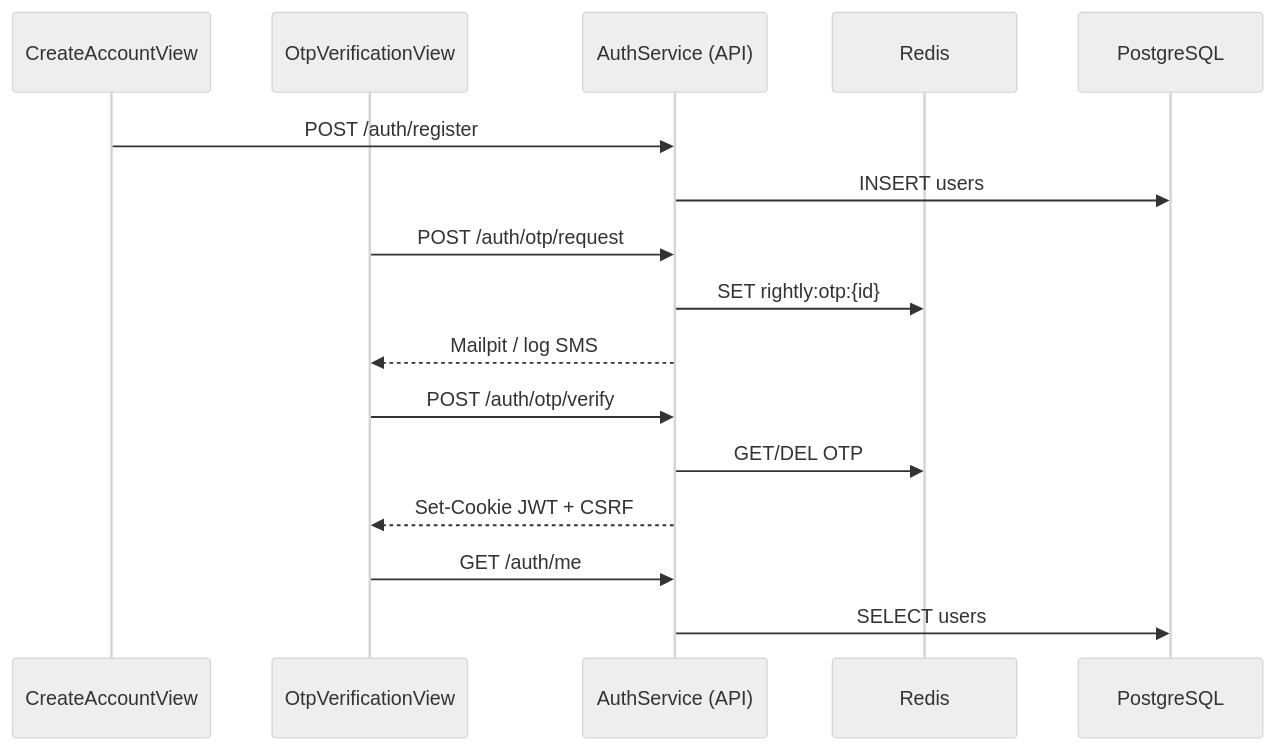
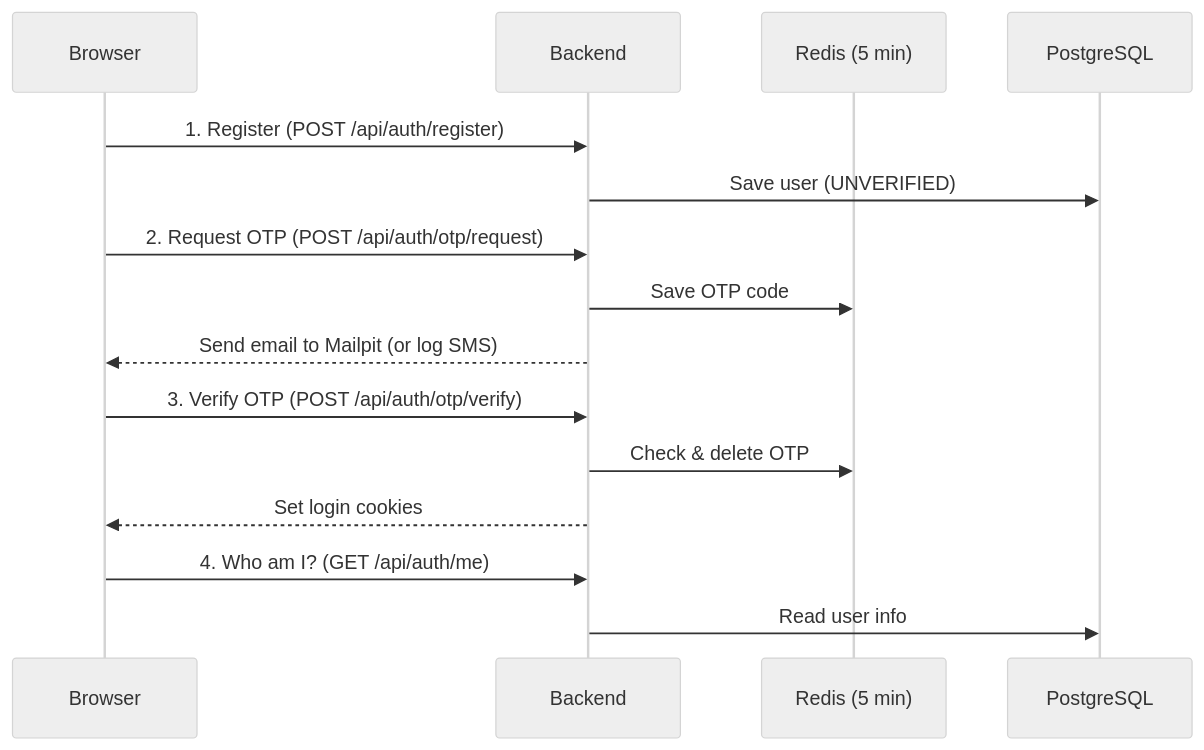
Before and after one commit to hri-ddo/Rightly: the diagram in docs/DATA_FLOW_SPRINT1.md, drawn with Mermaid (neutral theme). The commit also changed other lines of this file, not shown here.

Commit message:
Data Flow change guide

````diff
--- a/docs/DATA_FLOW_SPRINT1.md
+++ b/docs/DATA_FLOW_SPRINT1.md
@@ -141,19 +73,18 @@
 ```mermaid
 sequenceDiagram
-    participant V as CreateAccountView
-    participant O as OtpVerificationView
-    participant A as AuthService (API)
-    participant R as Redis
-    participant P as PostgreSQL
+    participant U as Browser
+    participant B as Backend
+    participant R as Redis (5 min)
+    participant DB as PostgreSQL
 
-  V->>A: POST /auth/register
-  A->>P: INSERT users
-  O->>A: POST /auth/otp/request
-  A->>R: SET rightly:otp:{id}
-  A-->>O: Mailpit / log SMS
-  O->>A: POST /auth/otp/verify
-  A->>R: GET/DEL OTP
-  A-->>O: Set-Cookie JWT + CSRF
-  O->>A: GET /auth/me
-  A->>P: SELECT users
+    U->>B: 1. Register (POST /api/auth/register)
+    B->>DB: Save user (UNVERIFIED)
+    U->>B: 2. Request OTP (POST /api/auth/otp/request)
+    B->>R: Save OTP code
+    B-->>U: Send email to Mailpit (or log SMS)
+    U->>B: 3. Verify OTP (POST /api/auth/otp/verify)
+    B->>R: Check & delete OTP
+    B-->>U: Set login cookies
+    U->>B: 4. Who am I? (GET /api/auth/me)
+    B->>DB: Read user info
 ```
````
